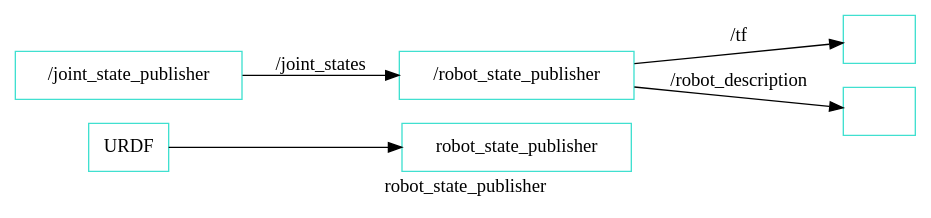
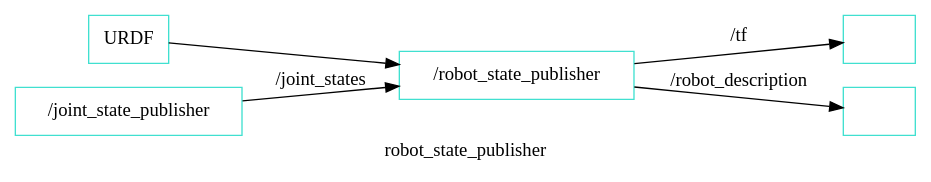
The diagram in ros2/draft.md (donghee/learn), drawn with Graphviz before and after one commit.

````diff
--- a/ros2/draft.md
+++ b/ros2/draft.md
@@ -19,15 +19,15 @@
 ```graphviz
 digraph {
  rankdir=LR;
  graph [fontname="MS Gothic"];
  node [shape=rect, color="#40e0d0"];
  edge [fontname="MS Gothic"];
  label = "robot_state_publisher";
- "URDF" -> "robot_state_publisher";
+ "URDF" -> "/robot_state_publisher";
  node1 [label= ""]
  node2 [label= ""]
  "/joint_state_publisher" -> "/robot_state_publisher" [label="/joint_states"]
  "/robot_state_publisher" -> node1 [label="/tf"]
  "/robot_state_publisher" -> node2 [label="/robot_description"]
 }
 ```
````
